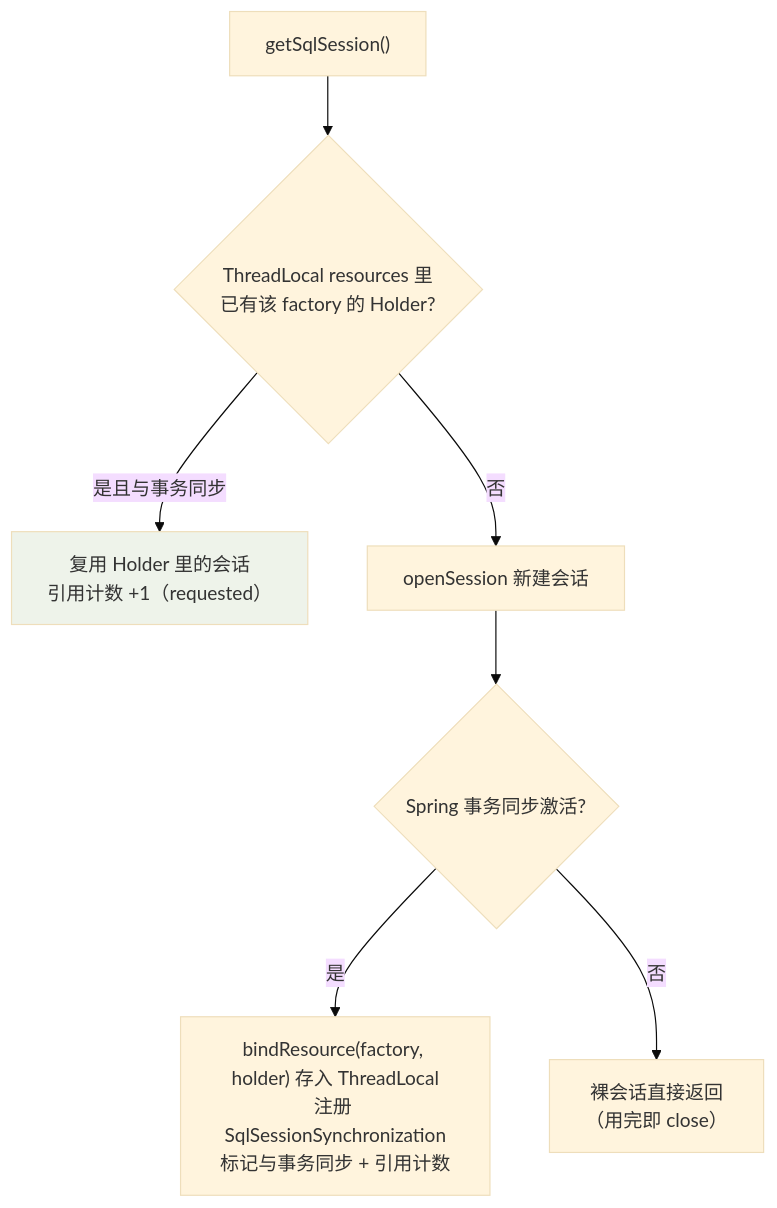
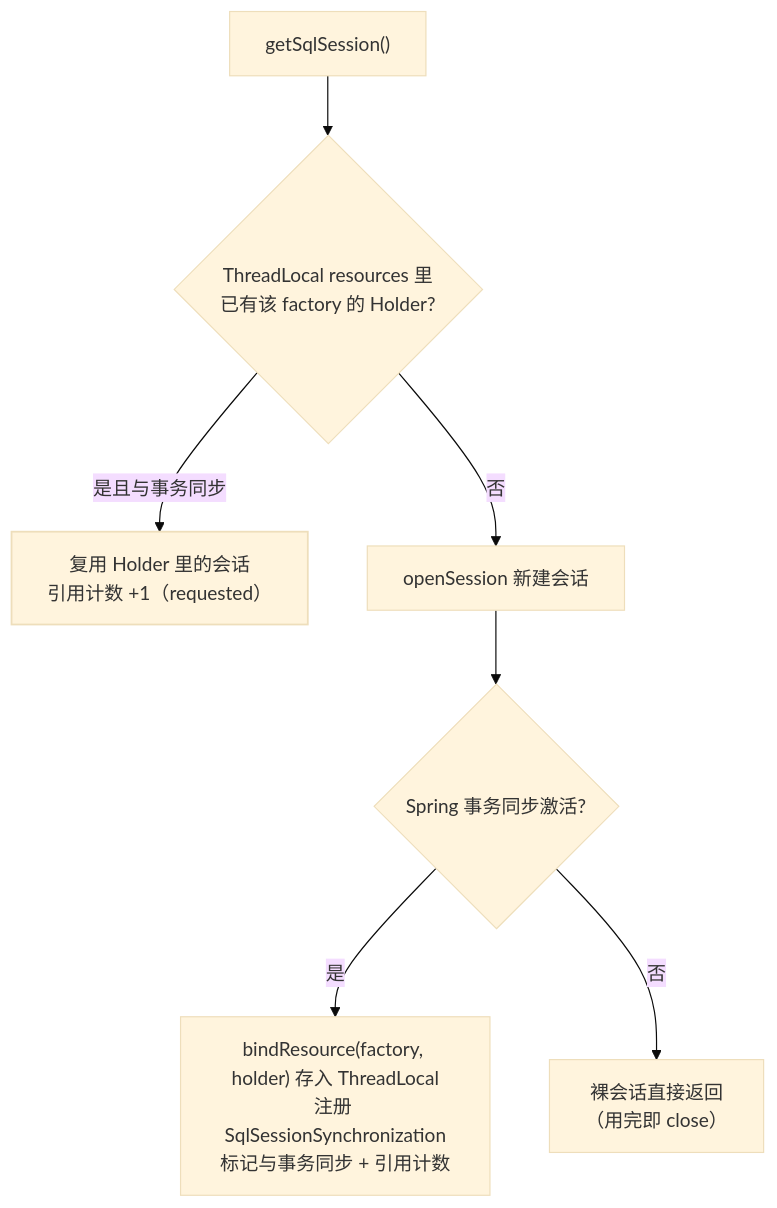
Before and after one commit to Loadhao/ascension: the first of 2 diagrams in src/content/docs/java/intermediate/spring/06-mybatis-sqlsession.md, drawn with Mermaid (base theme). The commit also changed 87 other files, not shown here.

First line of the commit message:
fix: 全站图表配色改由主题接管，修复暗色主题下浅底浅字看不清

````diff
--- a/src/content/docs/java/intermediate/spring/06-mybatis-sqlsession.md
+++ b/src/content/docs/java/intermediate/spring/06-mybatis-sqlsession.md
@@ -82,11 +82,12 @@
 ```mermaid
 flowchart TB
     A["getSqlSession()"] --> B{"ThreadLocal resources 里<br/>已有该 factory 的 Holder?"}
     B -->|是且与事务同步| C["复用 Holder 里的会话<br/>引用计数 +1（requested）"]
     B -->|否| D["openSession 新建会话"]
     D --> E{"Spring 事务同步激活?"}
     E -->|是| F["bindResource(factory, holder) 存入 ThreadLocal<br/>注册 SqlSessionSynchronization<br/>标记与事务同步 + 引用计数"]
     E -->|否| G["裸会话直接返回<br/>（用完即 close）"]
 
-    style C fill:#eef3ea
+    class C good
+    classDef good stroke-width:1.5px
 ```
````
